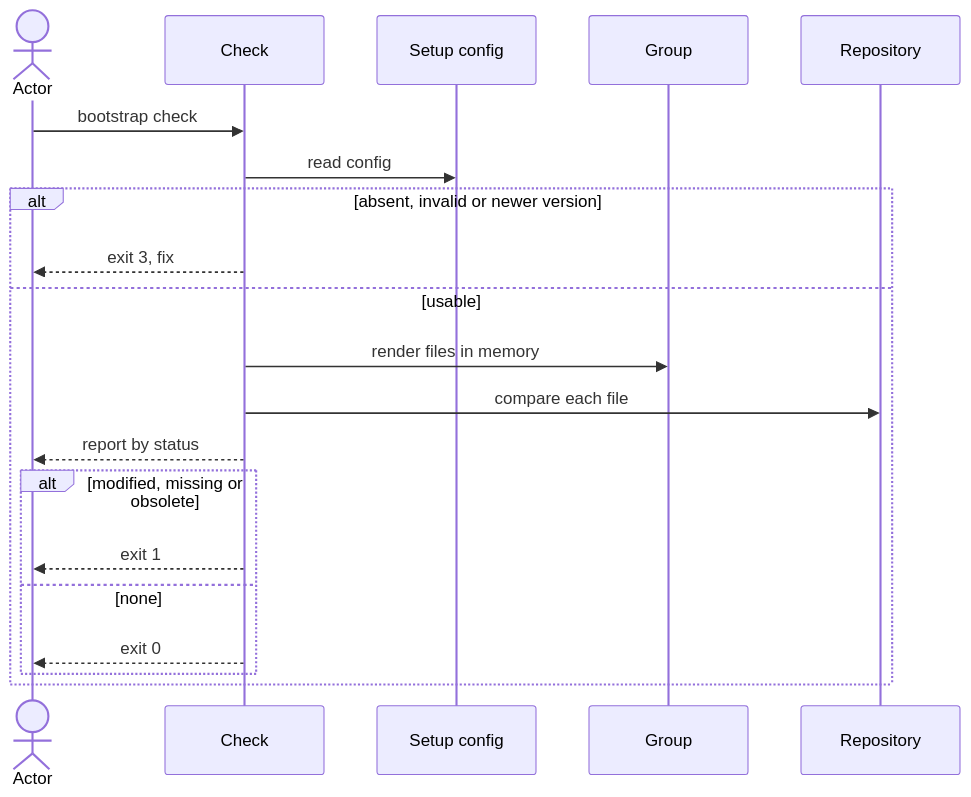
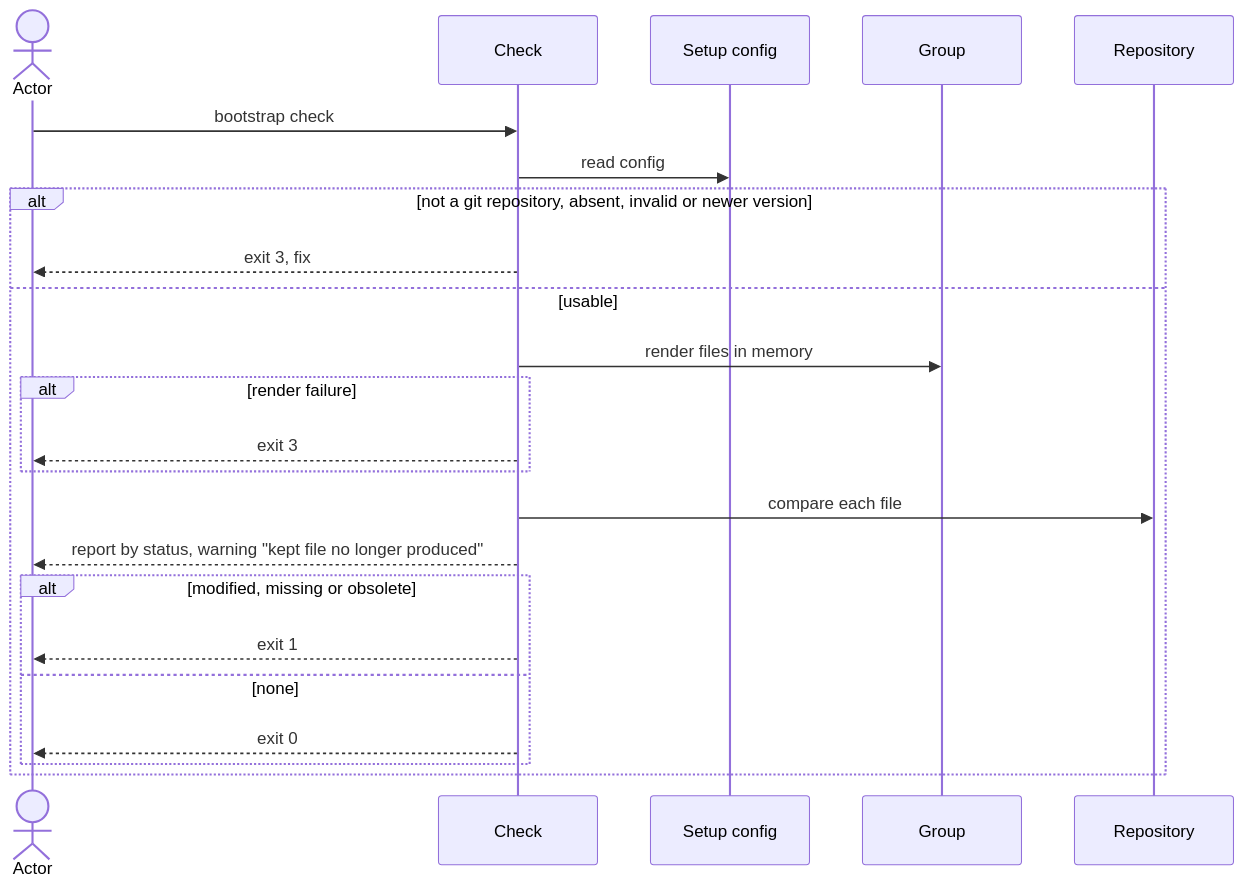
The diagram in docs/blueprint/flows/cli/120-check-drift/index.md (virajp/bootstrap), drawn with Mermaid before and after one commit. The commit also changed other lines of this file and 14 other files, not shown here.

Commit message:
docs: blueprint flow site/110-documentation, density pass, coherence fixes, coverage complete

````diff
--- a/docs/blueprint/flows/cli/120-check-drift/index.md
+++ b/docs/blueprint/flows/cli/120-check-drift/index.md
@@ -80,22 +80,25 @@
 ```mermaid
 sequenceDiagram
     actor O as Actor
     participant K as Check
     participant C as Setup config
     participant G as Group
     participant R as Repository
     O->>K: bootstrap check
     K->>C: read config
-    alt absent, invalid or newer version
+    alt not a git repository, absent, invalid or newer version
         K-->>O: exit 3, fix
     else usable
         K->>G: render files in memory
+        alt render failure
+            K-->>O: exit 3
+        end
         K->>R: compare each file
-        K-->>O: report by status
+        K-->>O: report by status, warning "kept file no longer produced"
         alt modified, missing or obsolete
             K-->>O: exit 1
         else none
             K-->>O: exit 0
         end
     end
 ```
````
